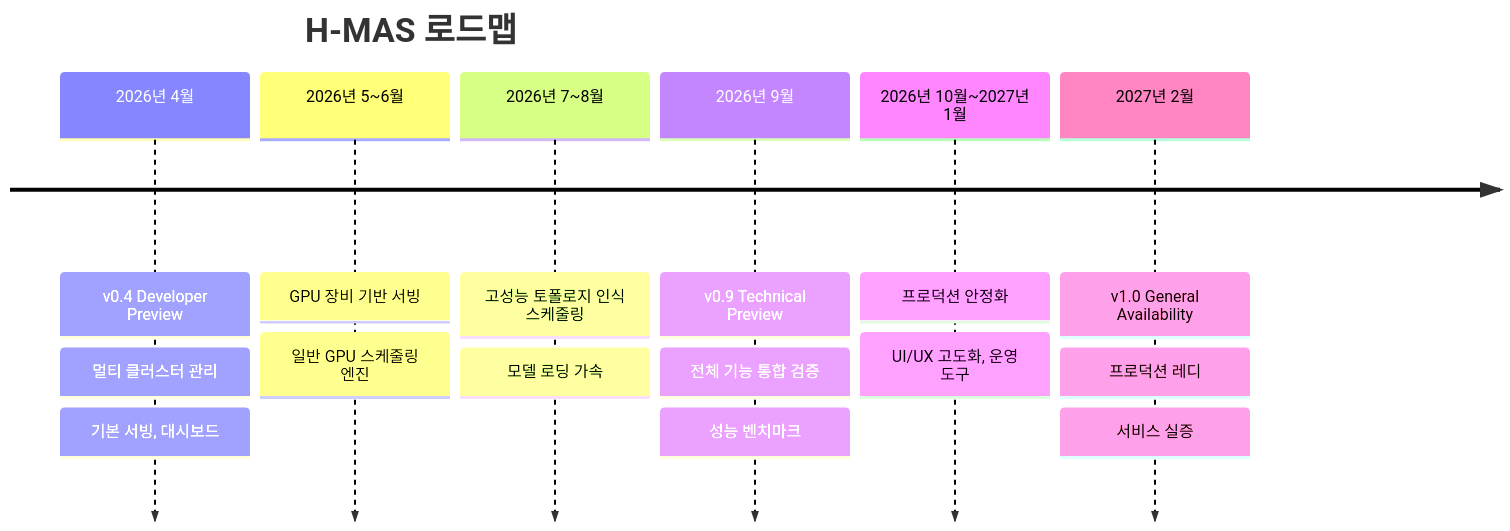
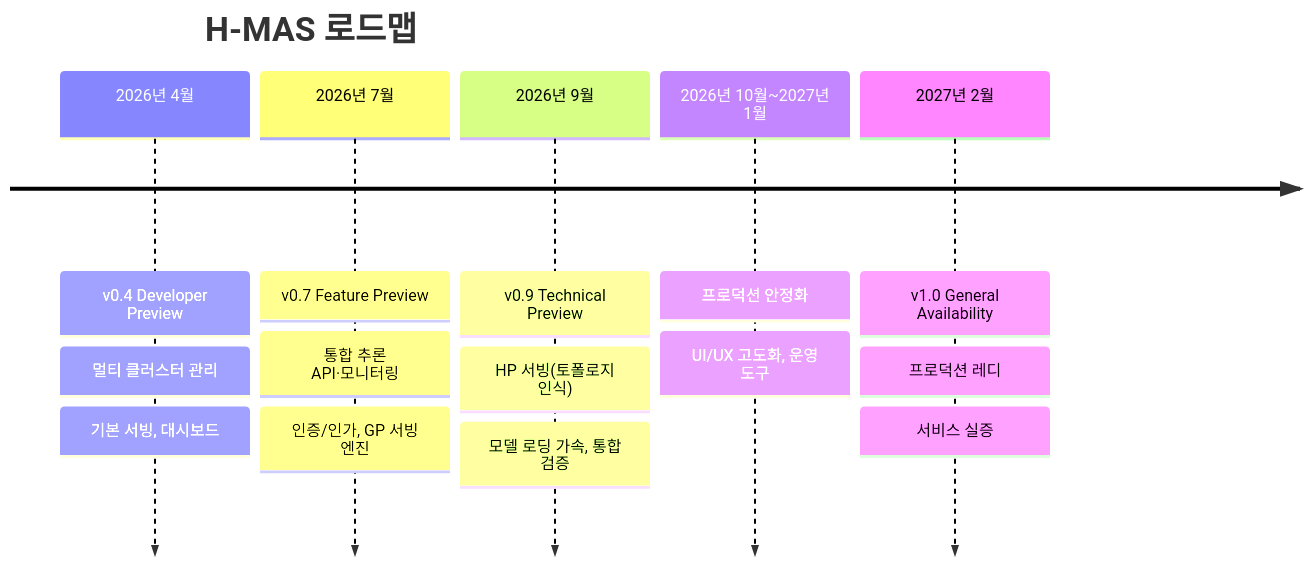
One commit to parameterfreak/parameterfreak.github.io changed the diagram in _portfolio/H-MAS.md. Above: the diagram before and after it, drawn with Mermaid. The commit also changed other lines of this file and 17 other files, not shown here.

````diff
--- a/_portfolio/H-MAS.md
+++ b/_portfolio/H-MAS.md
@@ -456,19 +451,18 @@
 ```mermaid
 timeline
     title H-MAS 로드맵
     2026년 4월 : v0.4 Developer Preview
                : 멀티 클러스터 관리
                : 기본 서빙, 대시보드
-    2026년 5~6월 : GPU 장비 기반 서빙
-                 : 일반 GPU 스케줄링 엔진
-    2026년 7~8월 : 고성능 토폴로지 인식 스케줄링
-                 : 모델 로딩 가속
+    2026년 7월 : v0.7 Feature Preview
+              : 통합 추론 API·모니터링
+              : 인증/인가, GP 서빙 엔진
     2026년 9월 : v0.9 Technical Preview
-              : 전체 기능 통합 검증
-              : 성능 벤치마크
+              : HP 서빙(토폴로지 인식)
+              : 모델 로딩 가속, 통합 검증
     2026년 10월~2027년 1월 : 프로덕션 안정화
                           : UI/UX 고도화, 운영 도구
     2027년 2월 : v1.0 General Availability
               : 프로덕션 레디
               : 서비스 실증
 ```
````
